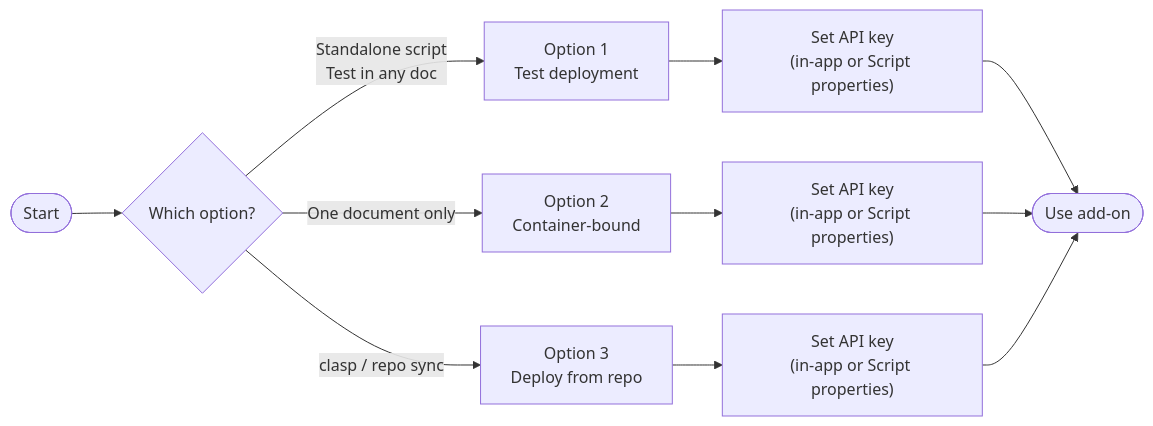
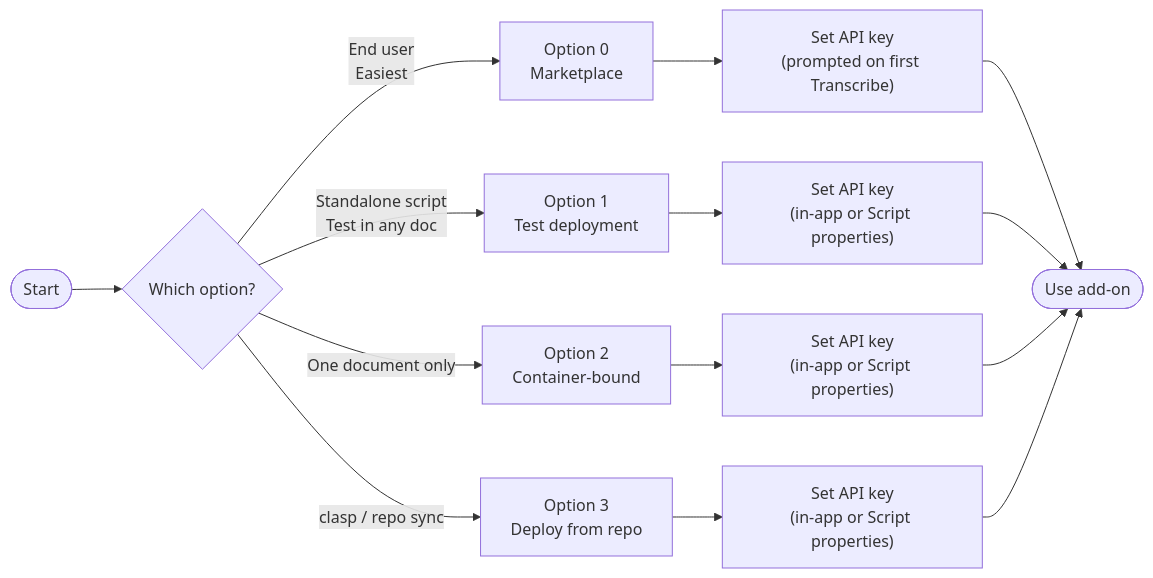
One commit to dekochka/geneascript-gdoc-addon changed the first of 5 diagrams in docs/INSTALLATION.md. Above: the diagram before and after it, drawn with Mermaid. The commit also changed other lines of this file and 14 other files, not shown here.

````diff
--- a/docs/INSTALLATION.md
+++ b/docs/INSTALLATION.md
@@ -7,13 +7,16 @@
 ```mermaid
 flowchart LR
   Start([Start]) --> Choose{Which option?}
+  Choose -->|End user<br/>Easiest| O0["Option 0<br/>Marketplace"]
   Choose -->|Standalone script<br/>Test in any doc| O1[Option 1<br/>Test deployment]
   Choose -->|One document only| O2[Option 2<br/>Container-bound]
   Choose -->|clasp / repo sync| O3[Option 3<br/>Deploy from repo]
+  O0 --> Key0["Set API key<br/>(prompted on first Transcribe)"]
   O1 --> Key1["Set API key<br/>(in-app or Script properties)"]
   O2 --> Key2["Set API key<br/>(in-app or Script properties)"]
   O3 --> Key3["Set API key<br/>(in-app or Script properties)"]
-  Key1 --> Done([Use add-on])
+  Key0 --> Done([Use add-on])
+  Key1 --> Done
   Key2 --> Done
   Key3 --> Done
 ```
````
